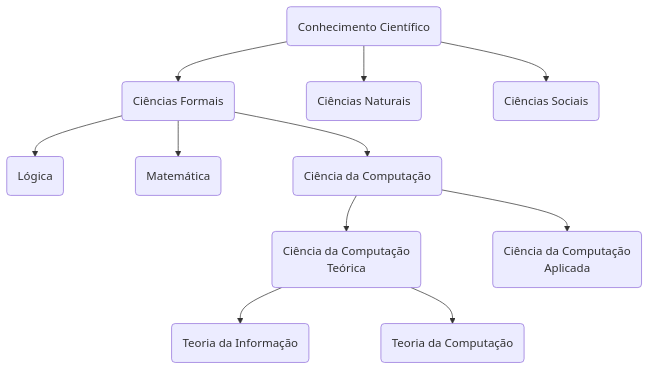
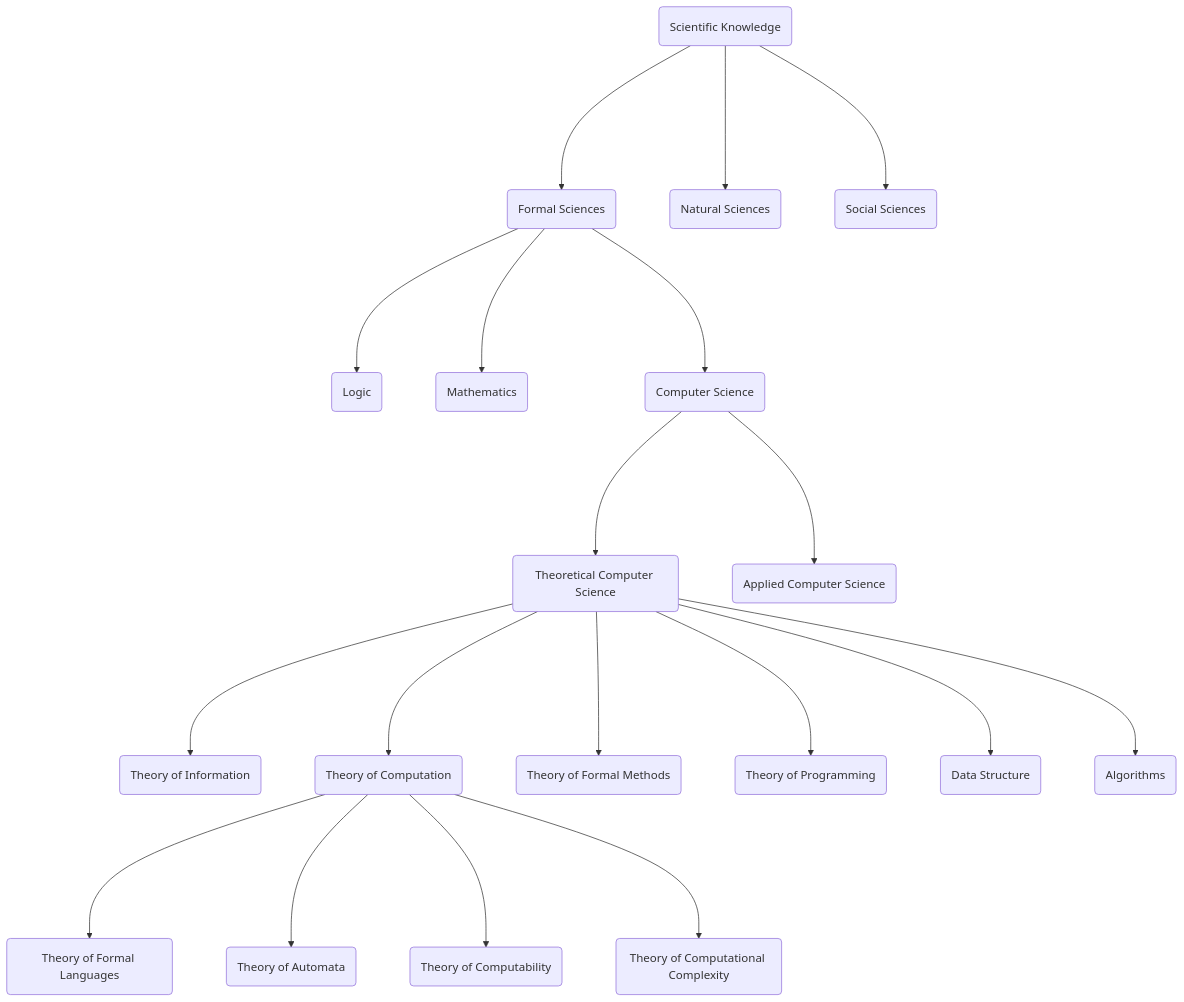
The diagram in KnowledgeDiagram.mmd (andersonprizzi/AndersonDecimalClassificationProject), drawn with Mermaid before and after one commit. The commit also changed 1 other file, not shown here.

```diff
--- a/KnowledgeDiagram.mmd
+++ b/KnowledgeDiagram.mmd
@@ -1,39 +1,74 @@
 ---
 config:
-  layout: grid
+  layout: default
   flowchart:
-    nodeSpacing: 100
+    nodeSpacing: 75
+    rankSpacing: 200
+    curve: basis
 ---
 graph TD
 	%% Nodes
-	ScientificKnowledge("Conhecimento Científico")
+	ScientificKnowledge("Scientific Knowledge")
 
-    FormalSciences("Ciências Formais")
-	NaturalSciences("Ciências Naturais")
-	SocialSciences("Ciências Sociais")
-
-	Logic("Lógica")
-	Mathematics("Matemática")
-	ComputerScience("Ciência da Computação")
-
-	TheoreticalComputerScience("Ciência da Computação<br>Teórica")
-	AppliedComputerScience("Ciência da Computação<br>Aplicada")
-
-	ComputerScience_TheoreticalComputerScience_InformationTheory("Teoria da Informação")
-	ComputerScience_TheoreticalComputerScience_ComputationTheory("Teoria da Computação")
+    FormalSciences("Formal Sciences")
+	NaturalSciences("Natural Sciences")
+	SocialSciences("Social Sciences")
 
 	%%////////////////////////////////////////////////////////////////////////////////%%
+
+	Logic("Logic")
+	Mathematics("Mathematics")
+	ComputerScience("Computer Science")
+
+	%%////////////////////////////////////////////////////////////////////////////////%%
+
+	TheoreticalComputerScience("Theoretical Computer Science")
+	AppliedComputerScience("Applied Computer Science")
+
+	%%////////////////////////////////////////////////////////////////////////////////%%
+
+	ComputerScience_TheoreticalComputerScience_TheoryInformation("Theory of Information")
+
+	ComputerScience_TheoreticalComputerScience_TheoryComputation("Theory of Computation")
+		ComputerScience_TheoreticalComputerScience_TheoryComputation_TheoryFormalLanguages("Theory of Formal Languages")
+		ComputerScience_TheoreticalComputerScience_TheoryComputation_TheoryAutomata("Theory of Automata")
+		ComputerScience_TheoreticalComputerScience_TheoryComputation_TheoryComputability("Theory of Computability")
+		ComputerScience_TheoreticalComputerScience_TheoryComputation_TheoryComputationalComplexity("Theory of Computational Complexity")
+
+	ComputerScience_TheoreticalComputerScience_TheoryFormalMethods("Theory of Formal Methods")
+
+	ComputerScience_TheoreticalComputerScience_TheoryProgramming("Theory of Programming")
+
+	ComputerScience_TheoreticalComputerScience_DataStructure("Data Structure")
+
+	ComputerScience_TheoreticalComputerScience_Algorithms("Algorithms")
+	
+
+
+	%%////////////////////////////////////////////////////////////////////////////////%%
+
+
 
 	ScientificKnowledge --> FormalSciences
 	ScientificKnowledge --> NaturalSciences
 	ScientificKnowledge --> SocialSciences
 
 	FormalSciences --> Logic
 	FormalSciences --> Mathematics
 	FormalSciences --> ComputerScience
 
 	ComputerScience --> TheoreticalComputerScience
 	ComputerScience --> AppliedComputerScience
 
-	TheoreticalComputerScience --> ComputerScience_TheoreticalComputerScience_InformationTheory
-	TheoreticalComputerScience --> ComputerScience_TheoreticalComputerScience_ComputationTheory
+	TheoreticalComputerScience --> ComputerScience_TheoreticalComputerScience_TheoryInformation
+	TheoreticalComputerScience --> ComputerScience_TheoreticalComputerScience_TheoryComputation
+
+		ComputerScience_TheoreticalComputerScience_TheoryComputation --> ComputerScience_TheoreticalComputerScience_TheoryComputation_TheoryFormalLanguages
+		ComputerScience_TheoreticalComputerScience_TheoryComputation --> ComputerScience_TheoreticalComputerScience_TheoryComputation_TheoryAutomata
+		ComputerScience_TheoreticalComputerScience_TheoryComputation --> ComputerScience_TheoreticalComputerScience_TheoryComputation_TheoryComputability
+		ComputerScience_TheoreticalComputerScience_TheoryComputation --> ComputerScience_TheoreticalComputerScience_TheoryComputation_TheoryComputationalComplexity
+	
+	TheoreticalComputerScience --> ComputerScience_TheoreticalComputerScience_TheoryProgramming
+	TheoreticalComputerScience --> ComputerScience_TheoreticalComputerScience_TheoryFormalMethods
+	TheoreticalComputerScience --> ComputerScience_TheoreticalComputerScience_DataStructure
+	TheoreticalComputerScience --> ComputerScience_TheoreticalComputerScience_Algorithms
```
